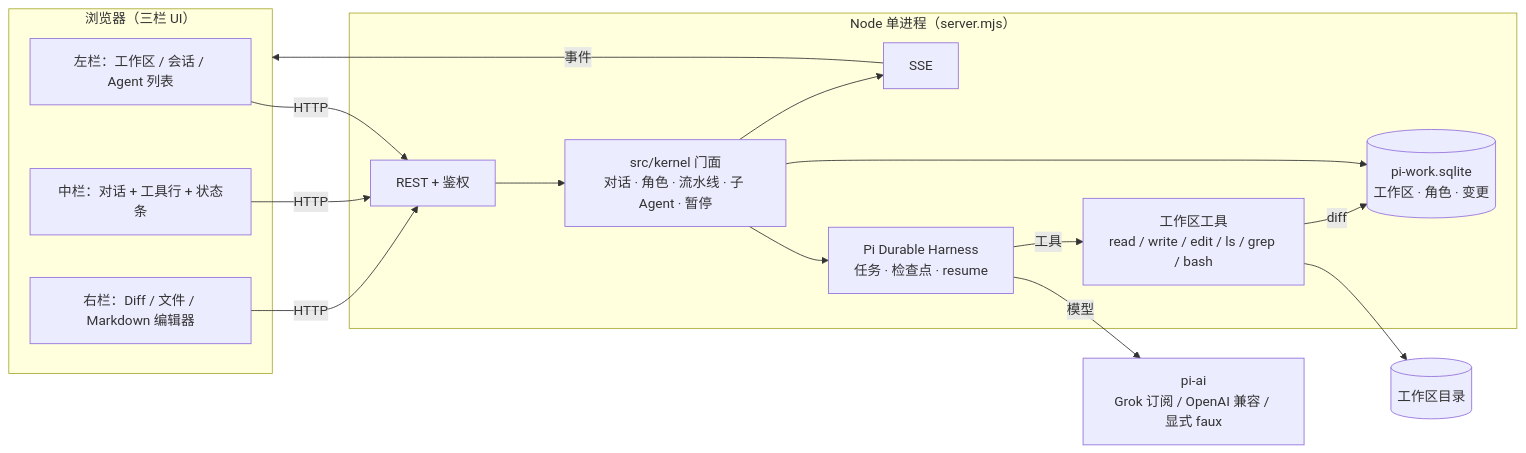
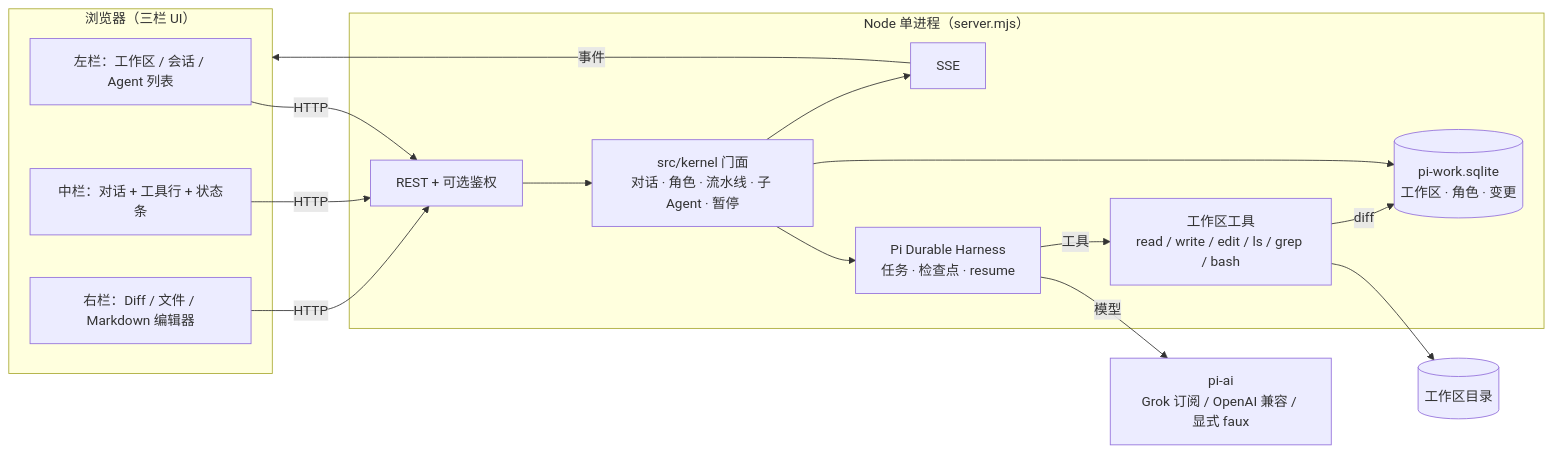
One commit to lawrencewzen/pi-work changed the diagram in docs/ARCHITECTURE.md. Above: the diagram before and after it, drawn with Mermaid. The commit also changed other lines of this file and 18 other files, not shown here.

````diff
--- a/docs/ARCHITECTURE.md
+++ b/docs/ARCHITECTURE.md
@@ -9,31 +9,31 @@
 ```mermaid
 flowchart LR
   subgraph Browser["浏览器（三栏 UI）"]
     L[左栏：工作区 / 会话 / Agent 列表]
     C[中栏：对话 + 工具行 + 状态条]
     R[右栏：Diff / 文件 / Markdown 编辑器]
   end
 
   subgraph Node["Node 单进程（server.mjs）"]
-    API[REST + 鉴权]
+    API[REST + 可选鉴权]
     SSE[SSE]
     K[src/kernel 门面<br/>对话 · 角色 · 流水线 · 子 Agent · 暂停]
     H[Pi Durable Harness<br/>任务 · 检查点 · resume]
     APP[(pi-work.sqlite<br/>工作区 · 角色 · 变更)]
     T[工作区工具<br/>read / write / edit / ls / grep / bash]
   end
 
   WS[(工作区目录)]
   LLM[pi-ai<br/>Grok 订阅 / OpenAI 兼容 / 显式 faux]
 
   L & C & R -->|HTTP| API
   SSE -->|事件| Browser
   API --> K
   K --> H
   K --> APP
   H -->|模型| LLM
   H -->|工具| T
   T --> WS
   T -->|diff| APP
   K --> SSE
 ```
````
